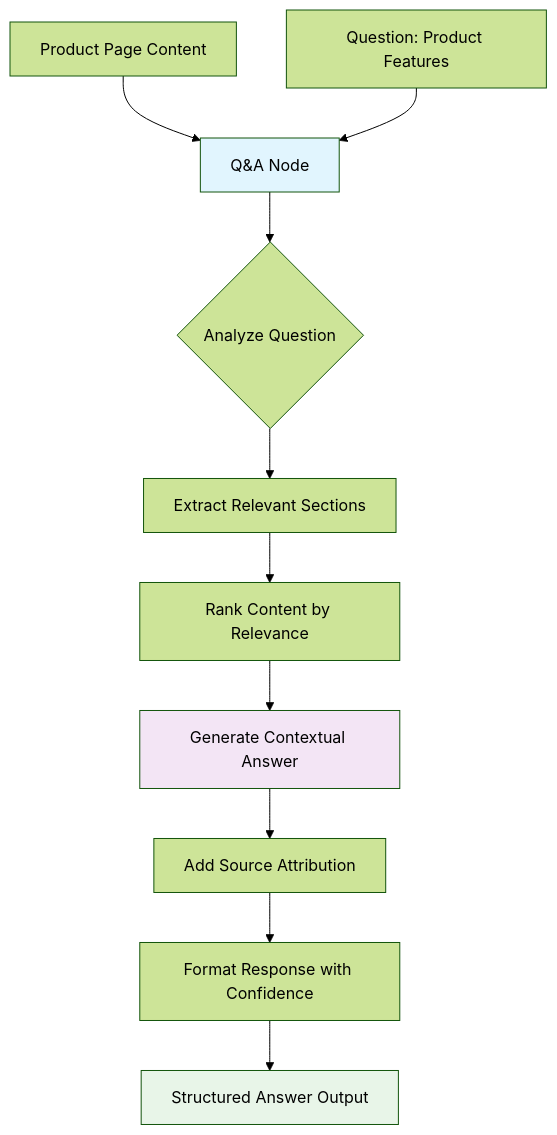
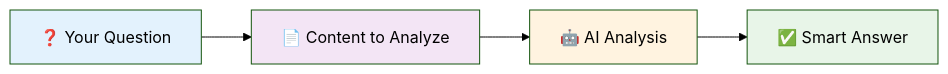
One commit to agentic-com/Agentic-Flow-Doc changed the diagram in src/content/docs/integrations/builtin/ai/AIAgents/QANode.md. Above: the diagram before and after it, drawn with Mermaid (forest theme). The commit also changed other lines of this file and 13 other files, not shown here.

````diff
--- a/src/content/docs/integrations/builtin/ai/AIAgents/QANode.md
+++ b/src/content/docs/integrations/builtin/ai/AIAgents/QANode.md
@@ -228,17 +49,11 @@
 ```mermaid
-flowchart TD
-    A[Product Page Content] --> B[Q&A Node]
-    B --> C{Analyze Question}
-    C --> D[Extract Relevant Sections]
-    D --> E[Rank Content by Relevance]
-    E --> F[Generate Contextual Answer]
-    F --> G[Add Source Attribution]
-    G --> H[Format Response with Confidence]
-    H --> I[Structured Answer Output]
+flowchart LR
+    A[❓ Your Question] --> B[📄 Content to Analyze]
+    B --> C[🤖 AI Analysis]
+    C --> D[✅ Smart Answer]
     
-    J[Question: Product Features] --> B
-    
-    style B fill:#e1f5fe
-    style F fill:#f3e5f5
-    style I fill:#e8f5e8
+    style A fill:#e3f2fd
+    style B fill:#f3e5f5
+    style C fill:#fff3e0
+    style D fill:#e8f5e8
 ```
````
